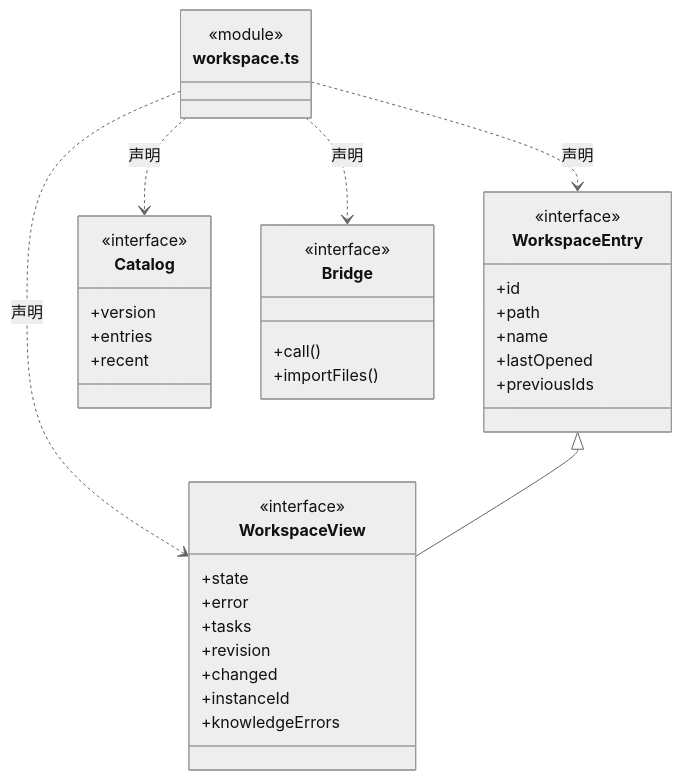
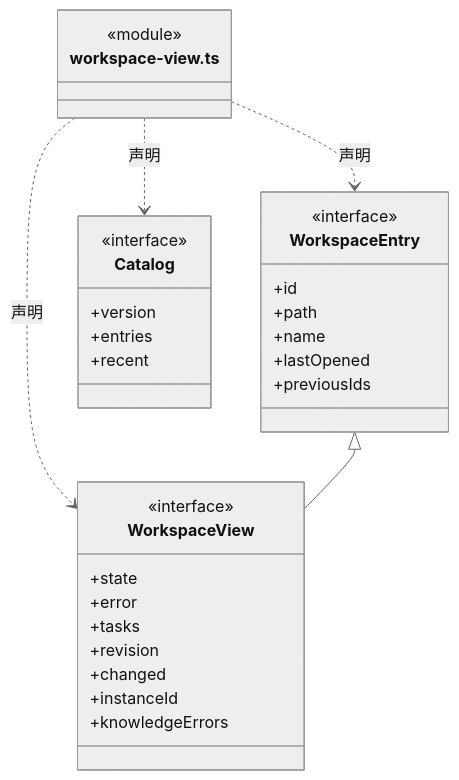
Before and after one commit to nan023062/cbim: diagram 51 of 59 in src/bridge/contracts/ARCHITECTURE.md, drawn with Mermaid (neutral theme). The commit also changed other lines of this file and 356 other files, not shown here.

First line of the commit message:
chore: preserve architecture remediation before desktop 0.1.7 alignment

````diff
--- a/src/bridge/contracts/ARCHITECTURE.md
+++ b/src/bridge/contracts/ARCHITECTURE.md
@@ -504,40 +1068,34 @@
 ```mermaid
 classDiagram
-class N_src_bridge_contracts_workspace_ts["workspace.ts"] {
+class N_src_bridge_contracts_workspace_view_ts["workspace-view.ts"] {
   <<module>>
 }
-class N_src_bridge_contracts_workspace_ts_WorkspaceEntry["WorkspaceEntry"] {
+class N_src_bridge_contracts_workspace_view_ts_WorkspaceEntry["WorkspaceEntry"] {
   <<interface>>
   +id
   +path
   +name
   +lastOpened
   +previousIds
 }
-N_src_bridge_contracts_workspace_ts ..> N_src_bridge_contracts_workspace_ts_WorkspaceEntry : 声明
-class N_src_bridge_contracts_workspace_ts_Catalog["Catalog"] {
+N_src_bridge_contracts_workspace_view_ts ..> N_src_bridge_contracts_workspace_view_ts_WorkspaceEntry : 声明
+class N_src_bridge_contracts_workspace_view_ts_Catalog["Catalog"] {
   <<interface>>
   +version
   +entries
   +recent
 }
-N_src_bridge_contracts_workspace_ts ..> N_src_bridge_contracts_workspace_ts_Catalog : 声明
-class N_src_bridge_contracts_workspace_ts_WorkspaceView["WorkspaceView"] {
+N_src_bridge_contracts_workspace_view_ts ..> N_src_bridge_contracts_workspace_view_ts_Catalog : 声明
+class N_src_bridge_contracts_workspace_view_ts_WorkspaceView["WorkspaceView"] {
   <<interface>>
   +state
   +error
   +tasks
   +revision
   +changed
   +instanceId
   +knowledgeErrors
 }
-N_src_bridge_contracts_workspace_ts ..> N_src_bridge_contracts_workspace_ts_WorkspaceView : 声明
-N_src_bridge_contracts_workspace_ts_WorkspaceEntry <|-- N_src_bridge_contracts_workspace_ts_WorkspaceView
-class N_src_bridge_contracts_workspace_ts_Bridge["Bridge"] {
-  <<interface>>
-  +call()
-  +importFiles()
-}
-N_src_bridge_contracts_workspace_ts ..> N_src_bridge_contracts_workspace_ts_Bridge : 声明
+N_src_bridge_contracts_workspace_view_ts ..> N_src_bridge_contracts_workspace_view_ts_WorkspaceView : 声明
+N_src_bridge_contracts_workspace_view_ts_WorkspaceEntry <|-- N_src_bridge_contracts_workspace_view_ts_WorkspaceView
 ```
````
